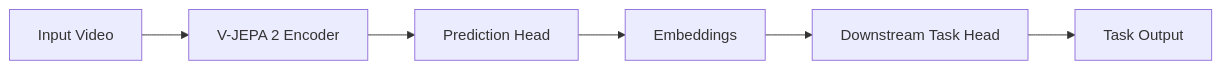
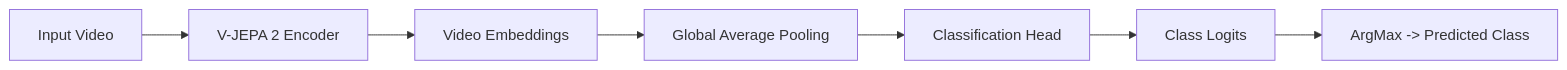
Before and after one commit to ZacCarrico/vjepa2: the second of 6 diagrams in lora_architecture_diagrams.md, drawn with Mermaid.

Commit message:
update inference diagram

````diff
--- a/lora_architecture_diagrams.md
+++ b/lora_architecture_diagrams.md
@@ -25,8 +25,9 @@
 ```mermaid
 graph LR
     A[Input Video] --> B[V-JEPA 2 Encoder]
-    B --> C[Prediction Head]
-    C --> D[Embeddings]
-    D --> E[Downstream Task Head]
-    E --> F[Task Output]
+    B --> C[Video Embeddings]
+    C --> D[Global Average Pooling]
+    D --> E[Classification Head]
+    E --> F[Class Logits]
+    F --> G[ArgMax -> Predicted Class]
 ```
````
